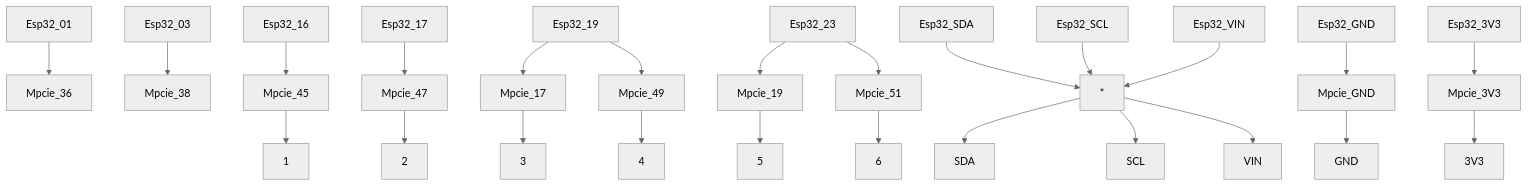
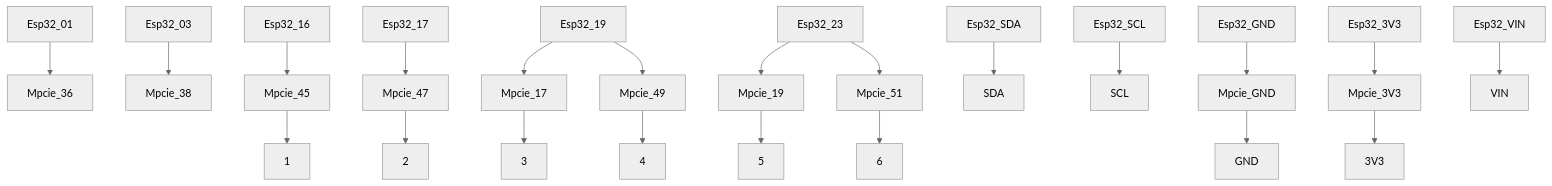
One commit to jancelin/RoverGNSS_RTK_BT_esp32_f9p changed the diagram in v6/draft.md. Above: the diagram before and after it, drawn with Mermaid (neutral theme).

````diff
--- a/v6/draft.md
+++ b/v6/draft.md
@@ -176,16 +176,16 @@
 ```mermaid
 graph TD;
     Esp32_01-->Mpcie_36;
     Esp32_03-->Mpcie_38;
     Esp32_16-->Mpcie_45-->1;
     Esp32_17-->Mpcie_47-->2;
     Esp32_19-->Mpcie_17-->3;
     Esp32_19-->Mpcie_49-->4;
     Esp32_23-->Mpcie_19-->5;
     Esp32_23-->Mpcie_51-->6;
-    Esp32_SDA-->*-->SDA;
-    Esp32_SCL-->*-->SCL;
+    Esp32_SDA-->SDA;
+    Esp32_SCL-->SCL;
     Esp32_GND-->Mpcie_GND-->GND;
     Esp32_3V3-->Mpcie_3V3-->3V3;
-    Esp32_VIN-->*-->VIN;
+    Esp32_VIN-->VIN;
 ```
````
